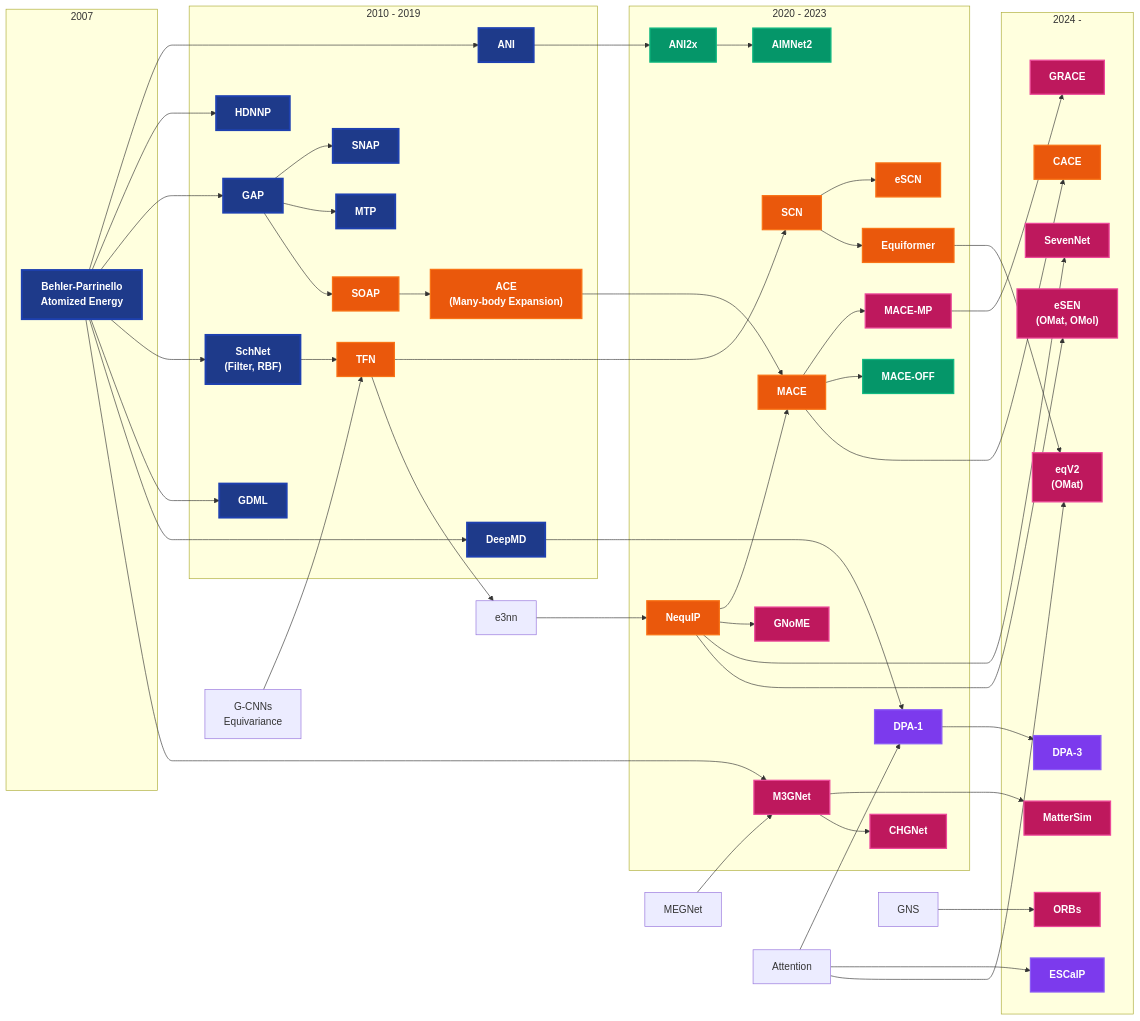
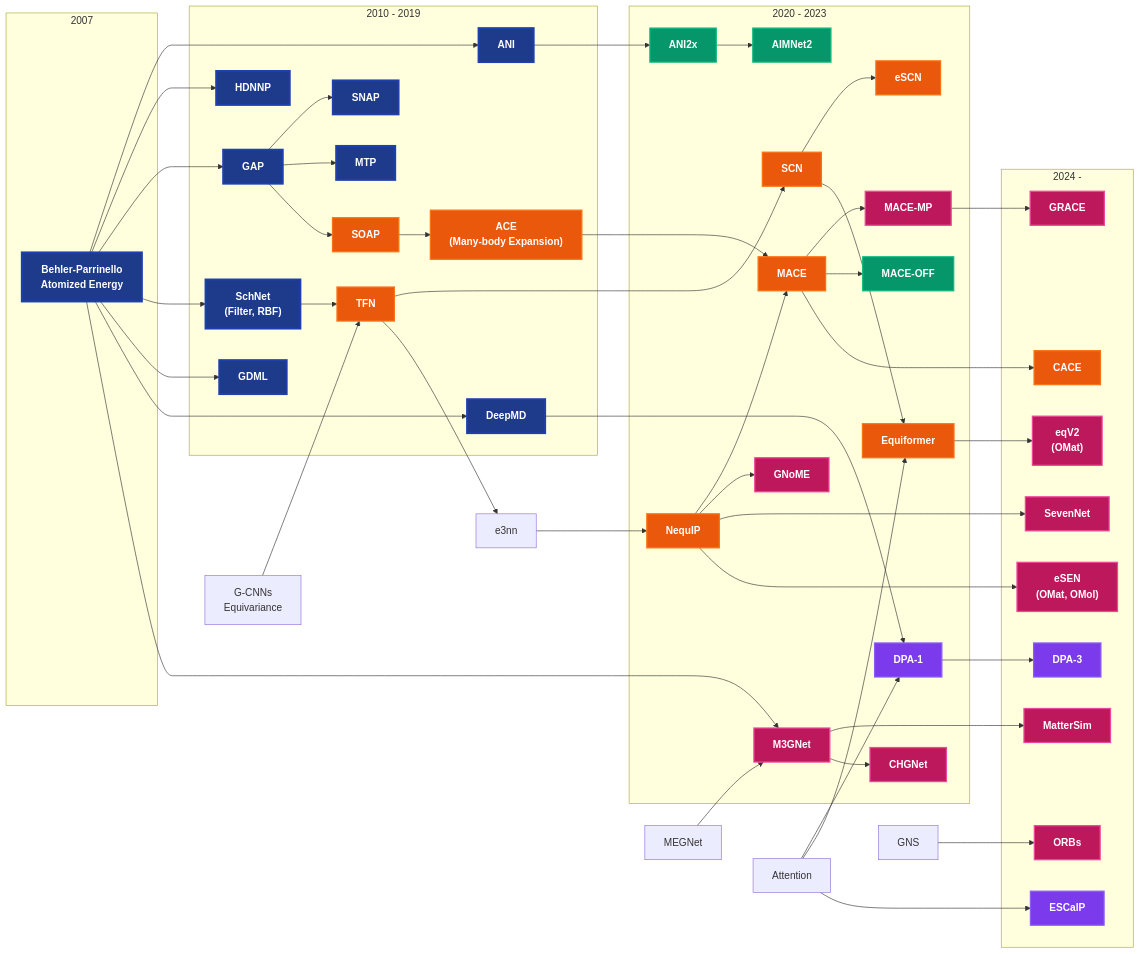
One commit to chiang-yuan/awesome-mlip changed the diagram in README.md. Above: the diagram before and after it, drawn with Mermaid. The commit also changed 1 other file, not shown here.

Commit message:
Create LICENSE

```diff
--- a/README.md
+++ b/README.md
@@ -77,13 +77,12 @@
     MEGNet --> M3GNet --> CHGNet
 
     SCN --> Equiformer
-    Equiformer --> eqV2
 
     G-CNNs["G-CNNs<br/>Equivariance"] --> TFN
     DeepMD --> DPA1
     Attention --> DPA1 --> DPA3
     Attention --> ESCalP
-    Attention --> eqV2
+    Attention --> Equiformer --> eqV2
     GNS --> ORBs
 
     %% Styling
```
